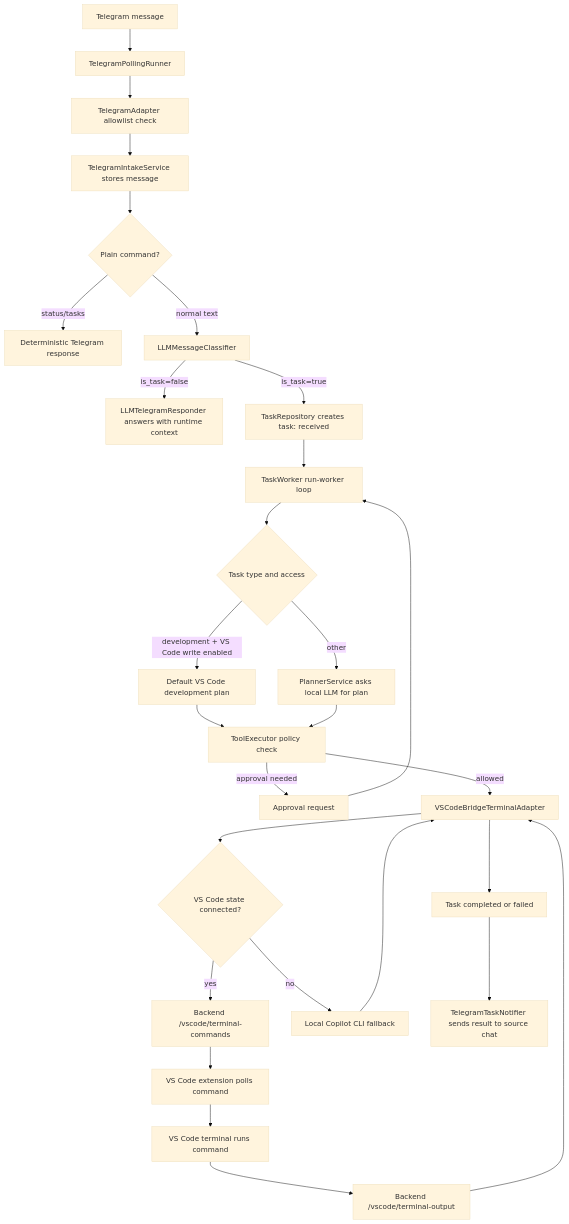
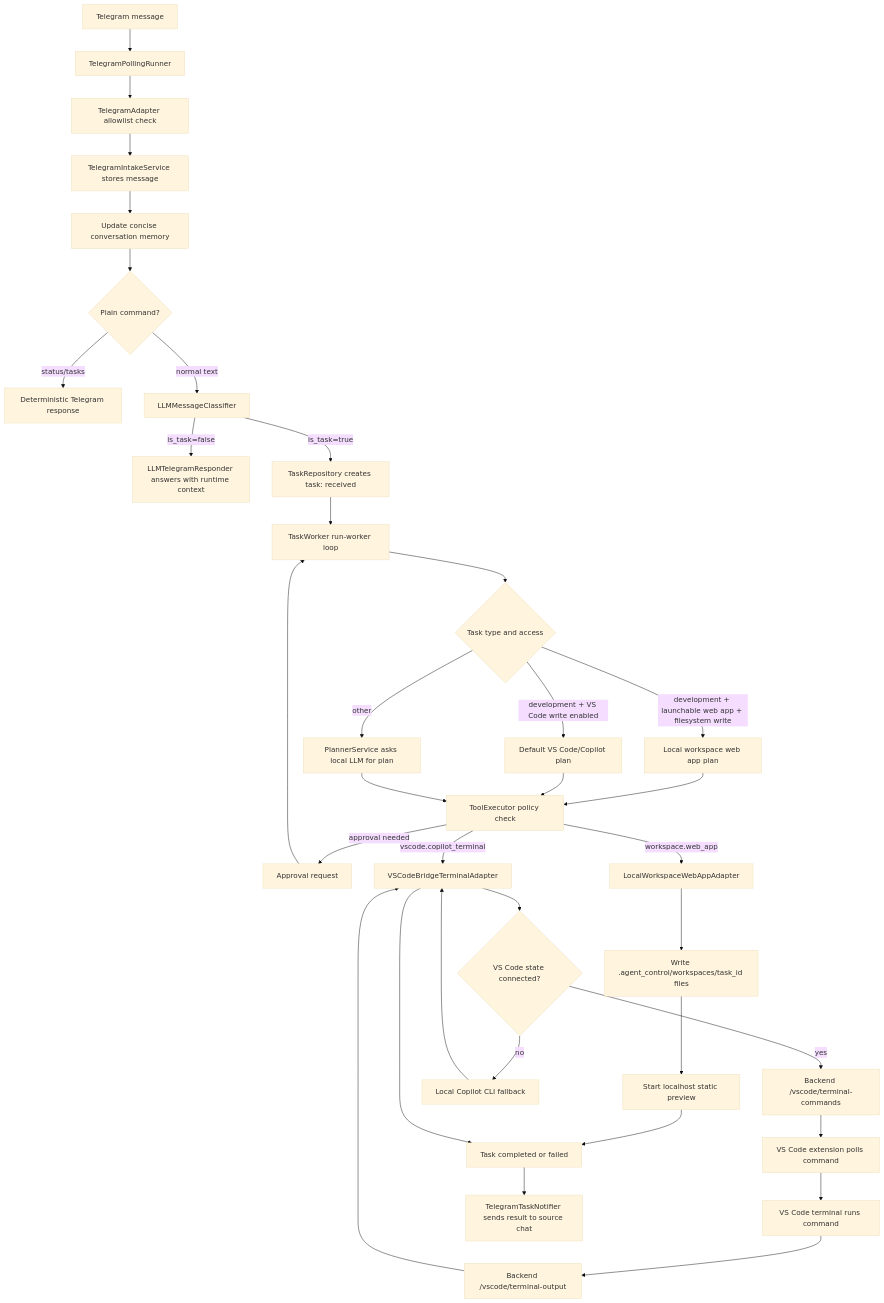
One commit to iodriller/YBM changed the diagram in docs/TASK_FLOW.md. Above: the diagram before and after it, drawn with Mermaid (base theme). The commit also changed other lines of this file and 25 other files, not shown here.

````diff
--- a/docs/TASK_FLOW.md
+++ b/docs/TASK_FLOW.md
@@ -5,30 +5,37 @@
 ```mermaid
 flowchart TD
     A[Telegram message] --> B[TelegramPollingRunner]
     B --> C[TelegramAdapter allowlist check]
     C --> D[TelegramIntakeService stores message]
-    D --> X{Plain command?}
+    D --> Z[Update concise conversation memory]
+    Z --> X{Plain command?}
     X -->|status/tasks| Y[Deterministic Telegram response]
     X -->|normal text| E[LLMMessageClassifier]
     E -->|is_task=false| F[LLMTelegramResponder answers with runtime context]
     E -->|is_task=true| G[TaskRepository creates task: received]
     G --> H[TaskWorker run-worker loop]
     H --> I{Task type and access}
-    I -->|development + VS Code write enabled| J[Default VS Code development plan]
+    I -->|development + launchable web app + filesystem write| W[Local workspace web app plan]
+    I -->|development + VS Code write enabled| J[Default VS Code/Copilot plan]
     I -->|other| K[PlannerService asks local LLM for plan]
-    J --> L[ToolExecutor policy check]
+    W --> L[ToolExecutor policy check]
+    J --> L
     K --> L
     L -->|approval needed| M[Approval request]
     M --> H
-    L -->|allowed| N[VSCodeBridgeTerminalAdapter]
+    L -->|workspace.web_app| AA[LocalWorkspaceWebAppAdapter]
+    AA --> AB[Write .agent_control/workspaces/task_id files]
+    AB --> AC[Start localhost static preview]
+    AC --> S[Task completed or failed]
+    L -->|vscode.copilot_terminal| N[VSCodeBridgeTerminalAdapter]
     N --> U{VS Code state connected?}
     U -->|yes| O[Backend /vscode/terminal-commands]
     U -->|no| V[Local Copilot CLI fallback]
     O --> P[VS Code extension polls command]
     P --> Q[VS Code terminal runs command]
     Q --> R[Backend /vscode/terminal-output]
     R --> N
     V --> N
     N --> S[Task completed or failed]
     S --> T[TelegramTaskNotifier sends result to source chat]
 ```
````
